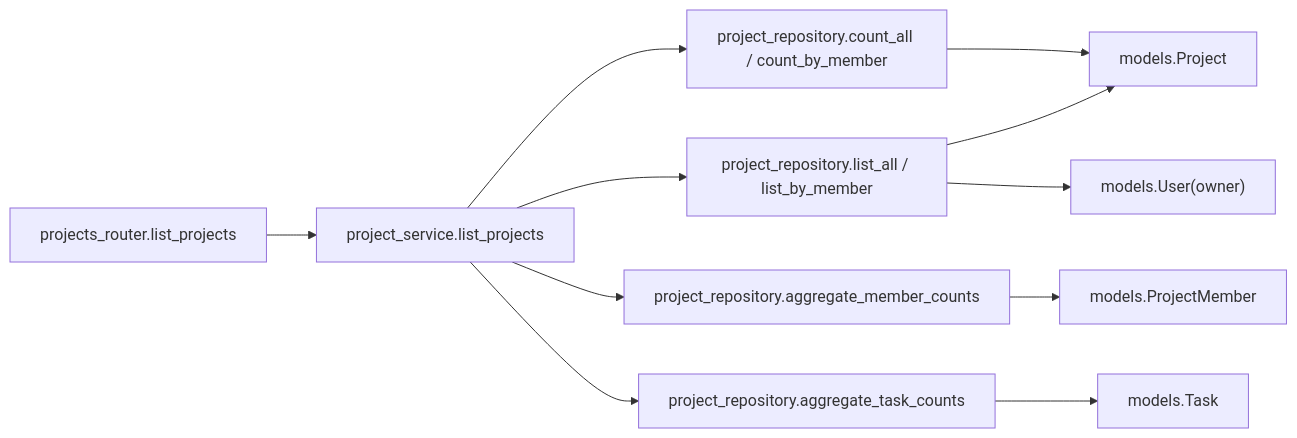
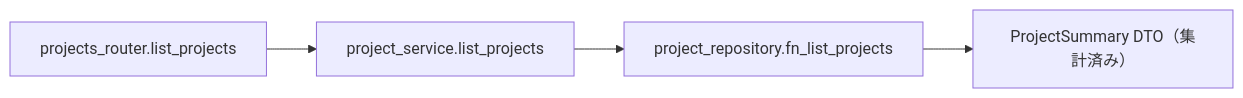
Before and after one commit to oikawa-d/task_management: the third of 4 diagrams in detailed_design/api/projects/01_get_projects.md, drawn with Mermaid. The commit also changed other lines of this file and 58 other files, not shown here.

````diff
--- a/detailed_design/api/projects/01_get_projects.md
+++ b/detailed_design/api/projects/01_get_projects.md
@@ -221,13 +221,6 @@
 ```mermaid
 flowchart LR
     R["projects_router.list_projects"] --> S["project_service.list_projects"]
-    S --> RP1["project_repository.count_all / count_by_member"]
-    S --> RP2["project_repository.list_all / list_by_member"]
-    S --> RP3["project_repository.aggregate_member_counts"]
-    S --> RP4["project_repository.aggregate_task_counts"]
-    RP1 --> M["models.Project"]
-    RP2 --> M
-    RP2 --> MO["models.User(owner)"]
-    RP3 --> MPM["models.ProjectMember"]
-    RP4 --> MT["models.Task"]
+    S --> RP["project_repository.fn_list_projects"]
+    RP --> M["ProjectSummary DTO（集計済み）"]
 ```
````
